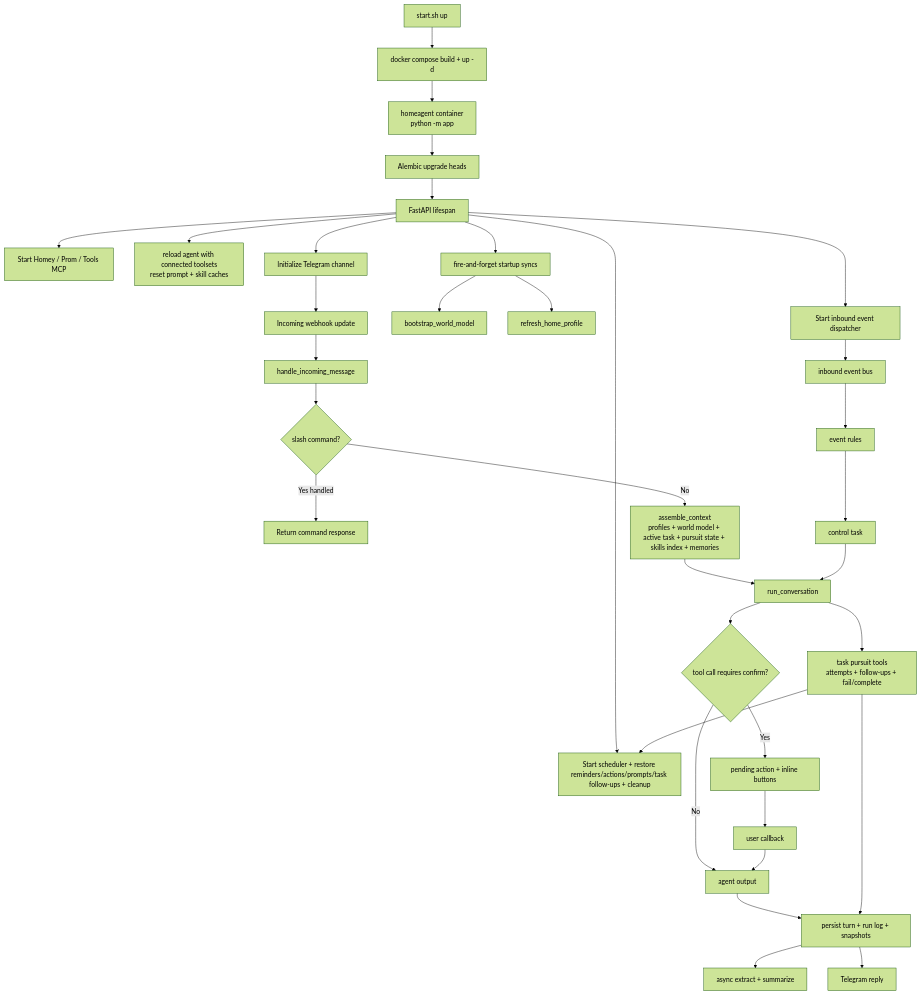
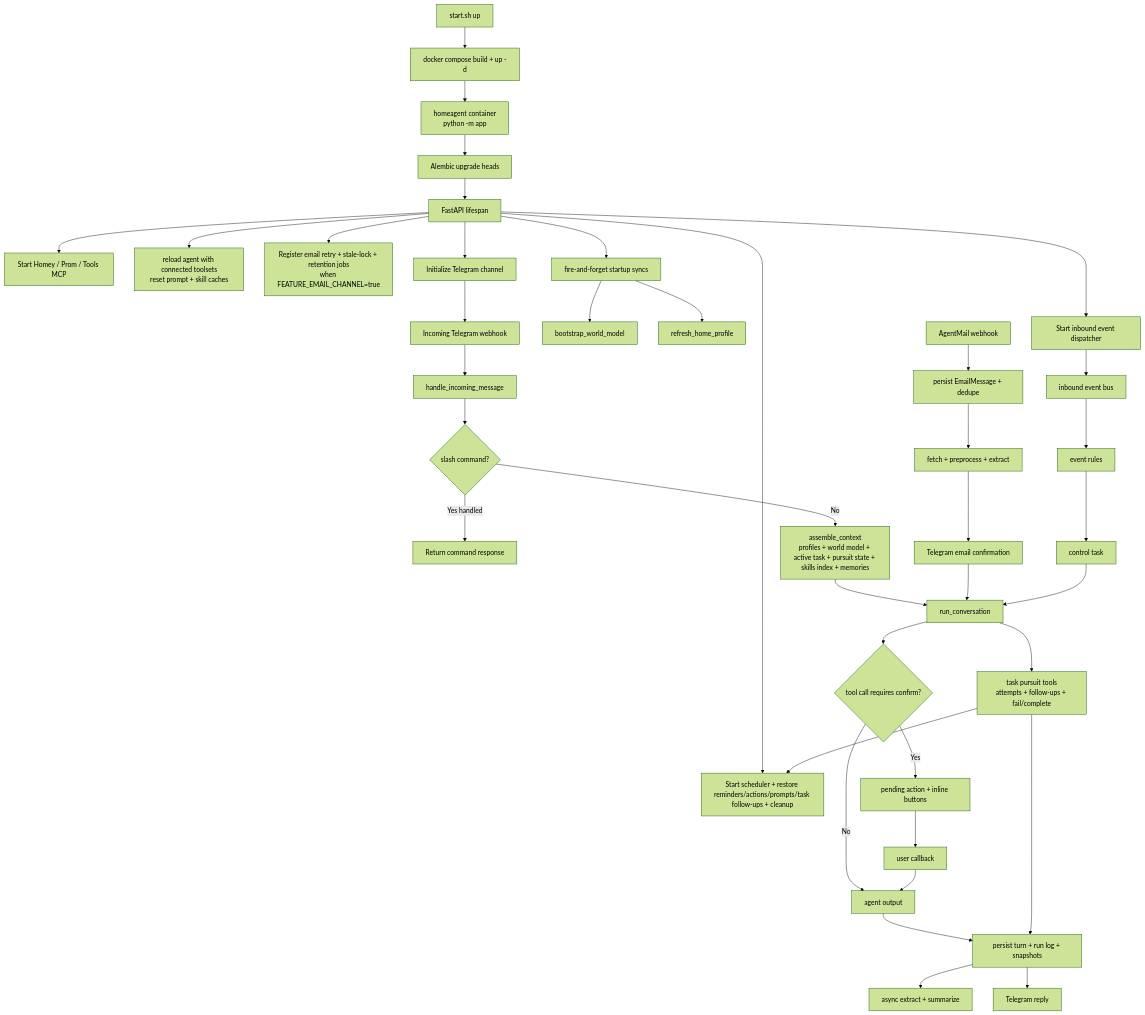
The third of 6 diagrams in docs/architecture-diagrams.md (ksvan/homeAgent), drawn with Mermaid (forest theme) before and after one commit. The commit also changed other lines of this file and 14 other files, not shown here.

````diff
--- a/docs/architecture-diagrams.md
+++ b/docs/architecture-diagrams.md
@@ -186,40 +226,46 @@
 ```mermaid
 flowchart TB
     START[start.sh up] --> DC[docker compose build + up -d]
     DC --> APP[homeagent container<br>python -m app]
     APP --> MIG[Alembic upgrade heads]
     MIG --> LIFE[FastAPI lifespan]
 
     LIFE --> MCP[Start Homey / Prom / Tools MCP]
     LIFE --> RELOAD[reload agent with connected toolsets<br>reset prompt + skill caches]
     LIFE --> SCH[Start scheduler + restore reminders/actions/prompts/task follow-ups + cleanup]
+    LIFE --> EMAILJOBS[Register email retry + stale-lock + retention jobs<br>when FEATURE_EMAIL_CHANNEL=true]
     LIFE --> DISP[Start inbound event dispatcher]
     LIFE --> BOOT[fire-and-forget startup syncs]
     BOOT --> WM[bootstrap_world_model]
     BOOT --> HP[refresh_home_profile]
     LIFE --> TG[Initialize Telegram channel]
 
-    TG --> WH[Incoming webhook update]
+    TG --> WH[Incoming Telegram webhook]
     WH --> MSG[handle_incoming_message]
     MSG --> CMD{slash command?}
     CMD -->|Yes handled| CR[Return command response]
     CMD -->|No| CTX[assemble_context<br>profiles + world model + active task + pursuit state + skills index + memories]
     CTX --> RUN[run_conversation]
     RUN --> POL{tool call requires confirm?}
     POL -->|Yes| PEND[pending action + inline buttons]
     POL -->|No| OUT[agent output]
     PEND --> CB[user callback]
     CB --> OUT
 
     OUT --> SAVE[persist turn + run log + snapshots]
     SAVE --> BG[async extract + summarize]
     SAVE --> REPLY[Telegram reply]
 
+    AM[AgentMail webhook] --> AMQ[persist EmailMessage + dedupe]
+    AMQ --> AMP[fetch + preprocess + extract]
+    AMP --> AMCONF[Telegram email confirmation]
+    AMCONF --> RUN
+
     DISP --> EVBUS[inbound event bus]
     EVBUS --> RULES[event rules]
     RULES --> CTRL[control task]
     CTRL --> RUN
     RUN --> PURSUIT[task pursuit tools<br>attempts + follow-ups + fail/complete]
     PURSUIT --> SAVE
     PURSUIT --> SCH
 ```
````
